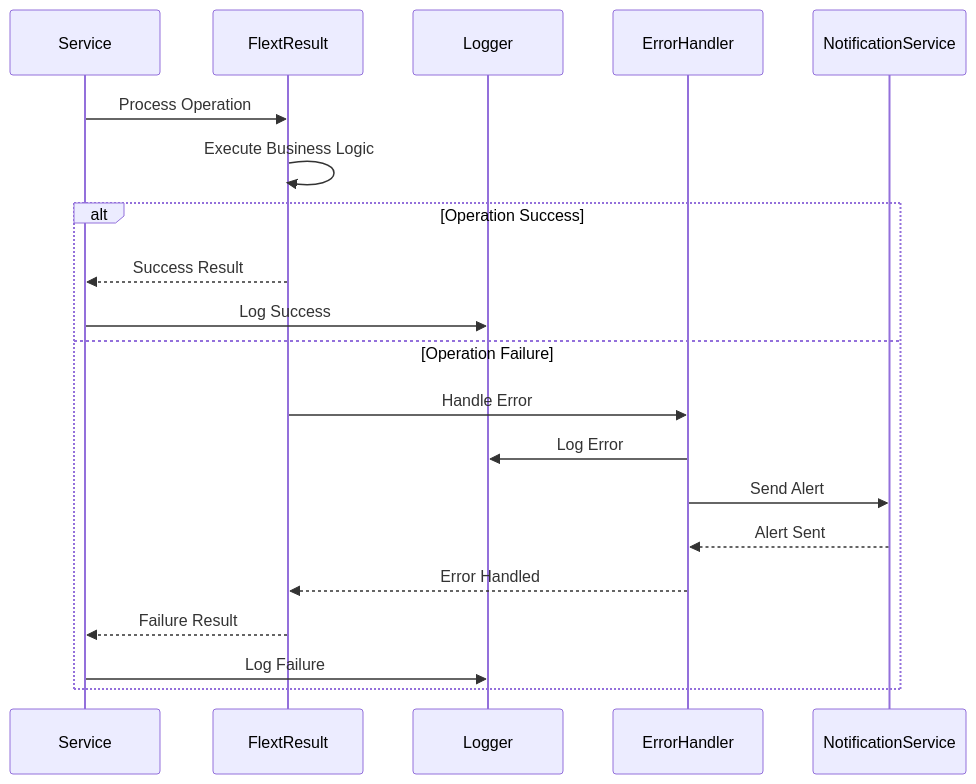
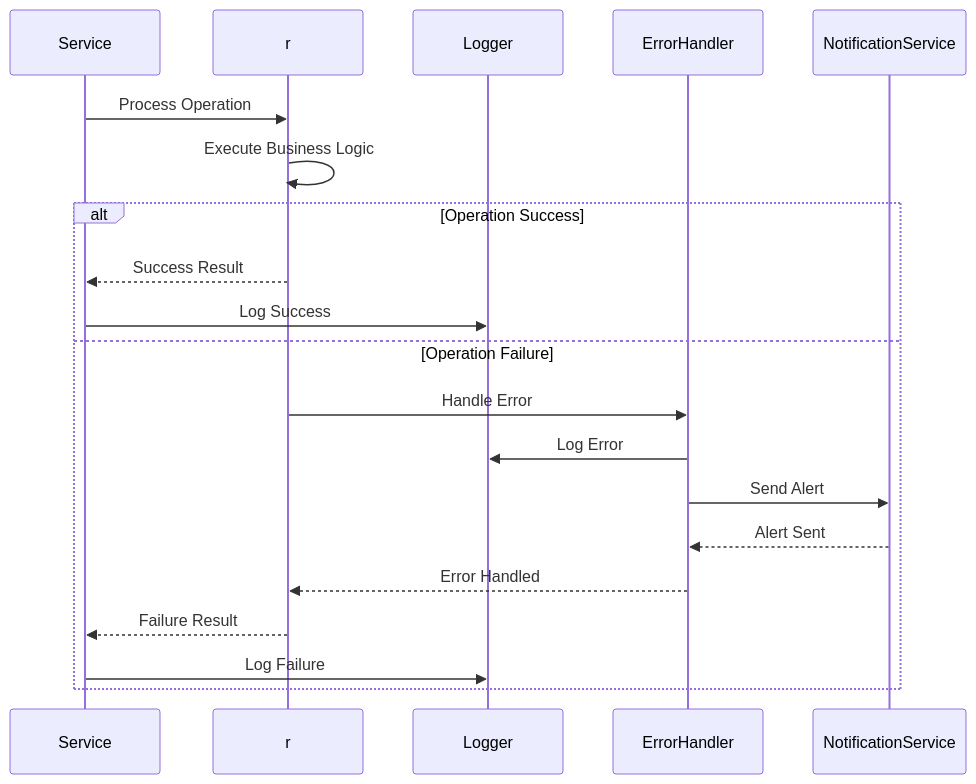
The seventh of 10 diagrams in docs/architecture/c4-model/code-diagrams.md (flext-sh/flext), drawn with Mermaid before and after one commit. The commit also changed other lines of this file and 35 other files, not shown here.

````diff
--- a/docs/architecture/c4-model/code-diagrams.md
+++ b/docs/architecture/c4-model/code-diagrams.md
@@ -368,24 +368,24 @@
 ```mermaid
 sequenceDiagram
     participant Service
-    participant FlextResult
+    participant r
     participant Logger
     participant ErrorHandler
     participant NotificationService
 
-    Service->>FlextResult: Process Operation
-    FlextResult->>FlextResult: Execute Business Logic
+    Service->>r: Process Operation
+    r->>r: Execute Business Logic
 
     alt Operation Success
-        FlextResult-->>Service: Success Result
+        r-->>Service: Success Result
         Service->>Logger: Log Success
     else Operation Failure
-        FlextResult->>ErrorHandler: Handle Error
+        r->>ErrorHandler: Handle Error
         ErrorHandler->>Logger: Log Error
         ErrorHandler->>NotificationService: Send Alert
         NotificationService-->>ErrorHandler: Alert Sent
-        ErrorHandler-->>FlextResult: Error Handled
-        FlextResult-->>Service: Failure Result
+        ErrorHandler-->>r: Error Handled
+        r-->>Service: Failure Result
         Service->>Logger: Log Failure
     end
 ```
````
